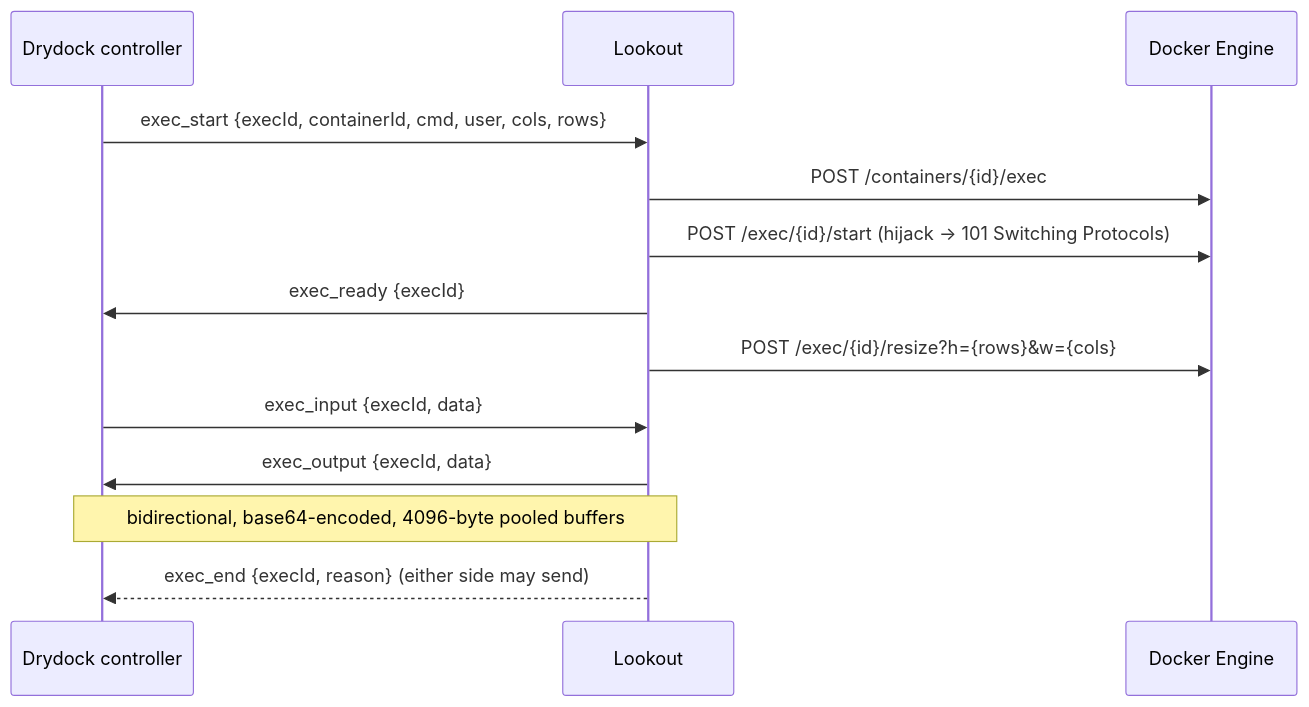
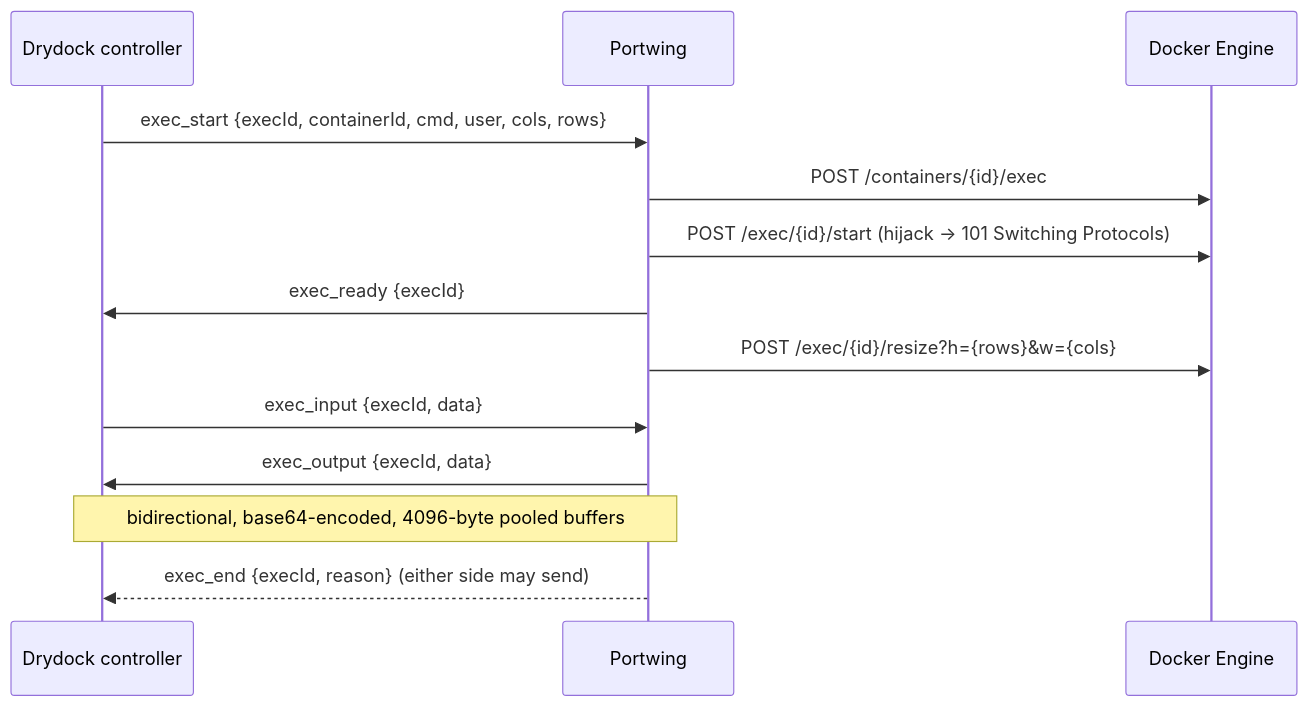
The third of 3 diagrams in SPEC.md (CodesWhat/portwing), drawn with Mermaid before and after one commit. The commit also changed other lines of this file and 125 other files, not shown here.

````diff
--- a/SPEC.md
+++ b/SPEC.md
@@ -232,15 +232,15 @@
 ```mermaid
 sequenceDiagram
     participant D as Drydock controller
-    participant L as Lookout
+    participant L as Portwing
     participant E as Docker Engine
     D->>L: exec_start {execId, containerId, cmd, user, cols, rows}
     L->>E: POST /containers/{id}/exec
     L->>E: POST /exec/{id}/start (hijack → 101 Switching Protocols)
     L->>D: exec_ready {execId}
     L->>E: POST /exec/{id}/resize?h={rows}&w={cols}
     D->>L: exec_input {execId, data}
     L->>D: exec_output {execId, data}
     Note over D,L: bidirectional, base64-encoded, 4096-byte pooled buffers
     L-->>D: exec_end {execId, reason} (either side may send)
 ```
````
